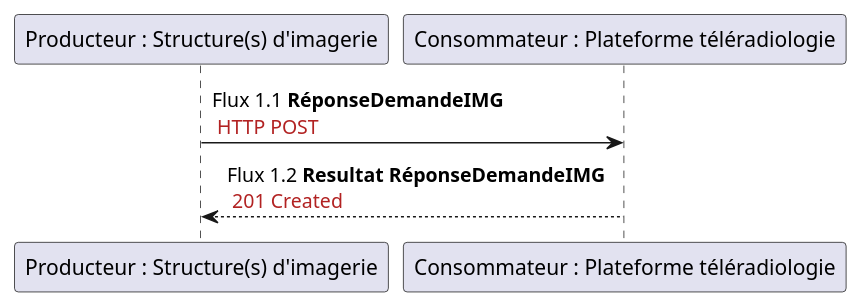
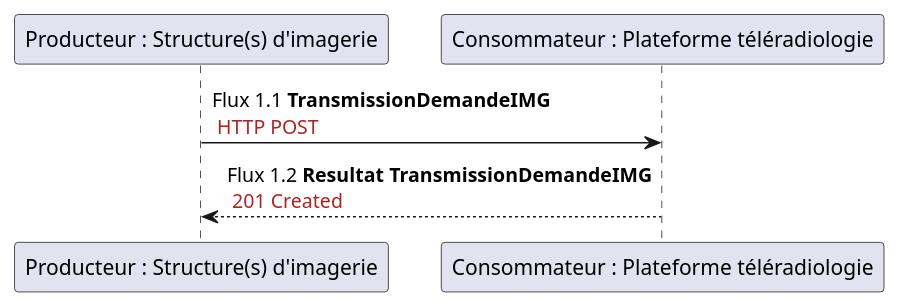
One commit to ansforge/interop-ig-hl7v2-teleradiologie changed the diagram in input/images-source/flux1.plantuml. Above: the diagram before and after it, drawn with PlantUML. The commit also changed 2 other files, not shown here.

Commit message:
Ajout titre figure

```diff
--- a/input/images-source/flux1.plantuml
+++ b/input/images-source/flux1.plantuml
@@ -1,5 +1,5 @@
 @startuml
 
-"Producteur : Structure(s) d'imagerie" -> "Consommateur : Plateforme téléradiologie" : Flux 1.1 **RéponseDemandeIMG** \n <color #FireBrick>HTTP POST</color>
-"Producteur : Structure(s) d'imagerie" <-- "Consommateur : Plateforme téléradiologie" : Flux 1.2 **Resultat RéponseDemandeIMG**\n <color #FireBrick>201 Created</color>
+"Producteur : Structure(s) d'imagerie" -> "Consommateur : Plateforme téléradiologie" : Flux 1.1 **TransmissionDemandeIMG** \n <color #FireBrick>HTTP POST</color>
+"Producteur : Structure(s) d'imagerie" <-- "Consommateur : Plateforme téléradiologie" : Flux 1.2 **Resultat TransmissionDemandeIMG**\n <color #FireBrick>201 Created</color>
 @enduml
```
